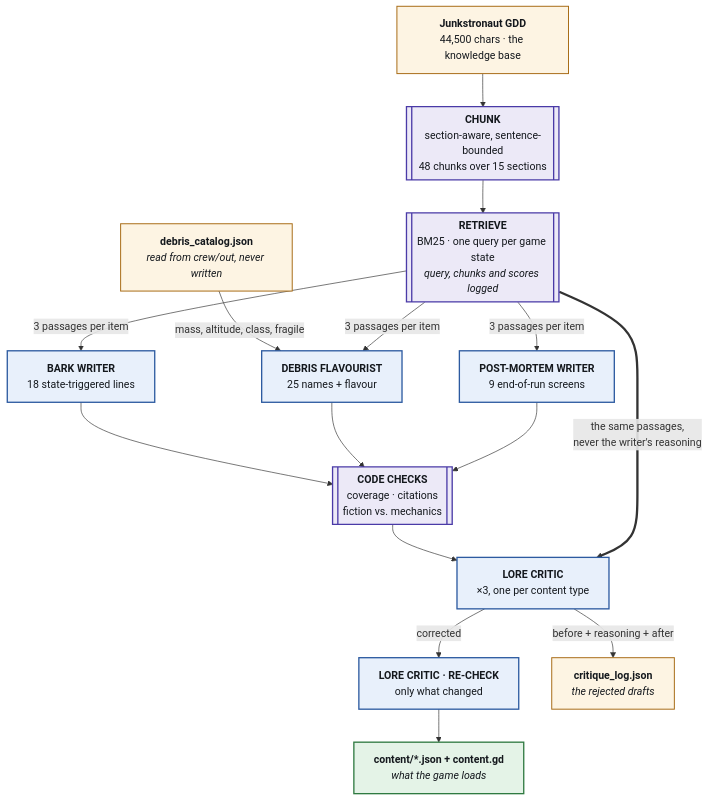
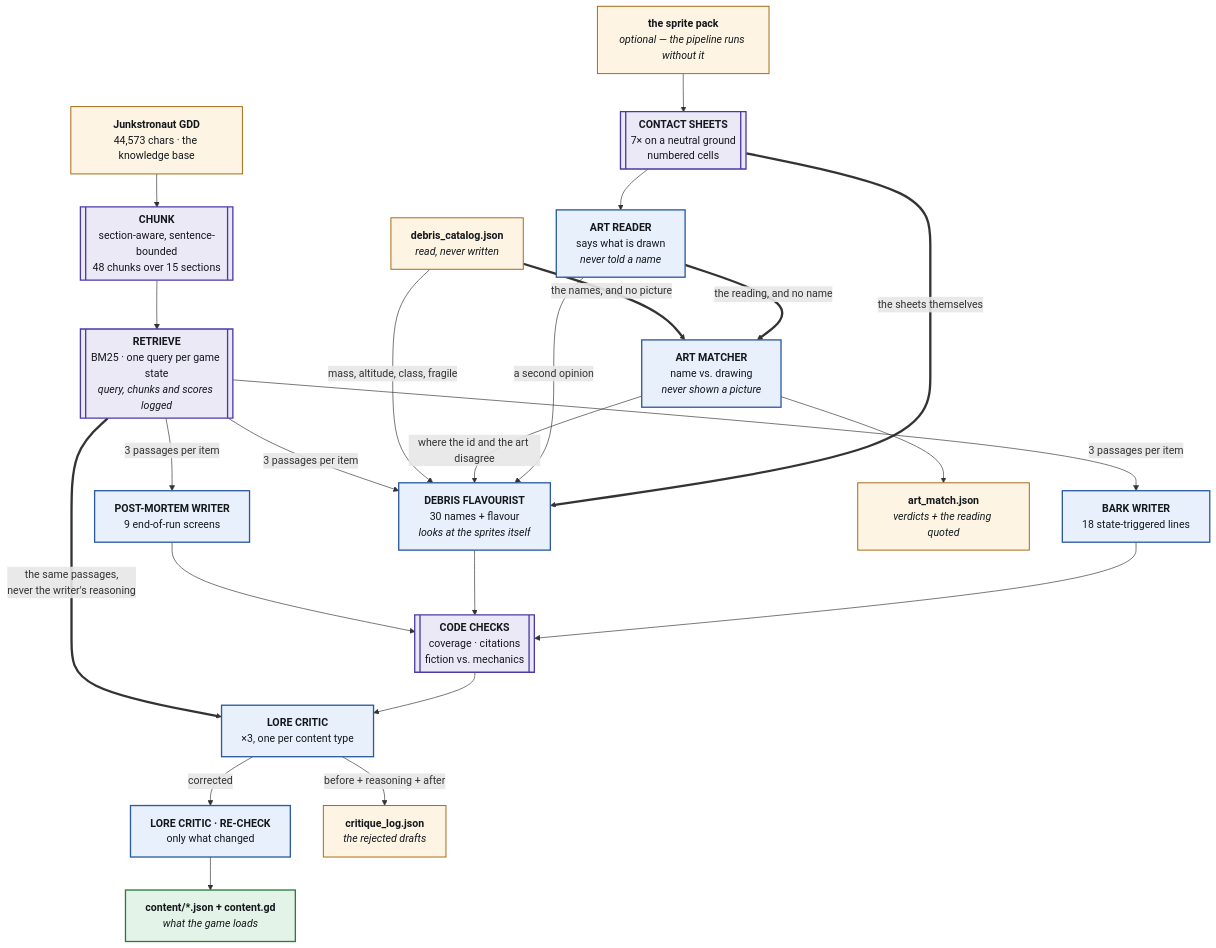
Before and after one commit to Chadleewalker/Junkstronaut: the diagram in content/DIAGRAM.md, drawn with Mermaid. The commit also changed other lines of this file and 41 other files, not shown here.

````diff
--- a/content/DIAGRAM.md
+++ b/content/DIAGRAM.md
@@ -3,43 +3,56 @@
 ```mermaid
 flowchart TB
-  GDD["<b>Junkstronaut GDD</b><br/>44,500 chars · the knowledge base"]
-  CAT["<b>debris_catalog.json</b><br/><i>read from crew/out, never written</i>"]
+  GDD["<b>Junkstronaut GDD</b><br/>44,573 chars · the knowledge base"]
+  CAT["<b>debris_catalog.json</b><br/><i>read, never written</i>"]
+  ART["<b>the sprite pack</b><br/><i>optional — the pipeline runs without it</i>"]
 
   CH[["<b>CHUNK</b><br/>section-aware, sentence-bounded<br/>48 chunks over 15 sections"]]
   RET[["<b>RETRIEVE</b><br/>BM25 · one query per game state<br/><i>query, chunks and scores logged</i>"]]
+  SH[["<b>CONTACT SHEETS</b><br/>7× on a neutral ground<br/>numbered cells"]]
+
+  AR["<b>ART READER</b><br/>says what is drawn<br/><i>never told a name</i>"]
+  AM["<b>ART MATCHER</b><br/>name vs. drawing<br/><i>never shown a picture</i>"]
 
   BW["<b>BARK WRITER</b><br/>18 state-triggered lines"]
-  DF["<b>DEBRIS FLAVOURIST</b><br/>25 names + flavour"]
+  DF["<b>DEBRIS FLAVOURIST</b><br/>30 names + flavour<br/><i>looks at the sprites itself</i>"]
   PW["<b>POST-MORTEM WRITER</b><br/>9 end-of-run screens"]
 
   VER[["<b>CODE CHECKS</b><br/>coverage · citations<br/>fiction vs. mechanics"]]
   LC["<b>LORE CRITIC</b><br/>×3, one per content type"]
   RC["<b>LORE CRITIC · RE-CHECK</b><br/>only what changed"]
 
   OUT["<b>content/*.json + content.gd</b><br/><i>what the game loads</i>"]
   EV["<b>critique_log.json</b><br/><i>the rejected drafts</i>"]
+  AJ["<b>art_match.json</b><br/><i>verdicts + the reading quoted</i>"]
 
   GDD --> CH --> RET
+  ART --> SH --> AR
+  AR ==>|"the reading, and no name"| AM
+  CAT ==>|"the names, and no picture"| AM
+  SH ==>|"the sheets themselves"| DF
+  AR -->|"a second opinion"| DF
+  AM --> AJ
+  AM -->|"where the id and the art disagree"| DF
   CAT -->|"mass, altitude, class, fragile"| DF
   RET -->|"3 passages per item"| BW
   RET -->|"3 passages per item"| DF
   RET -->|"3 passages per item"| PW
 
   BW --> VER
   DF --> VER
   PW --> VER
   VER --> LC
   RET ==>|"the same passages,<br/>never the writer's reasoning"| LC
   LC -->|"corrected"| RC
   LC -->|"before + reasoning + after"| EV
   RC --> OUT
 
   classDef agent fill:#e8f0fb,stroke:#2c5aa0,stroke-width:2px,color:#14181d
   classDef code fill:#ece9f7,stroke:#4a3aa7,stroke-width:2px,color:#14181d
   classDef ship fill:#e4f3e7,stroke:#2f7a41,stroke-width:2px,color:#14181d
   classDef doc fill:#fdf4e3,stroke:#a86c17,stroke-width:1.5px,color:#14181d
-  class BW,DF,PW,LC,RC agent
-  class CH,RET,VER code
+  class BW,DF,PW,LC,RC,AR,AM agent
+  class CH,RET,VER,SH code
   class OUT ship
-  class GDD,CAT,EV doc
+  class GDD,CAT,ART,EV,AJ doc
 ```
````
